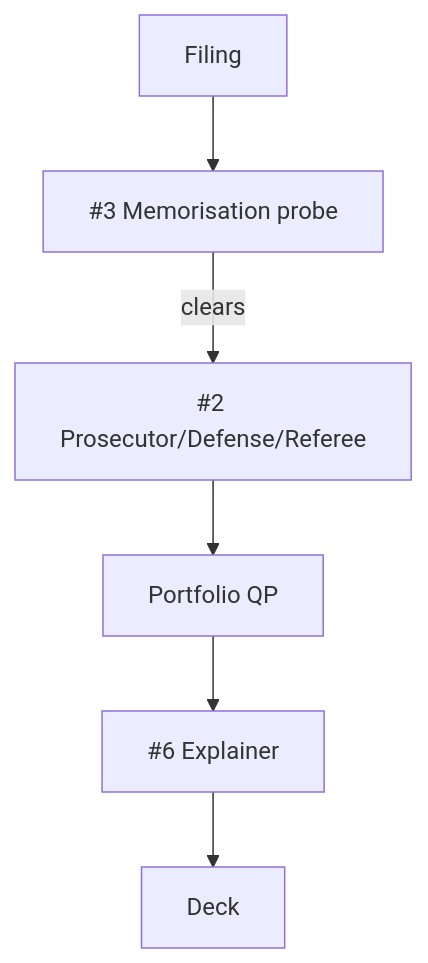
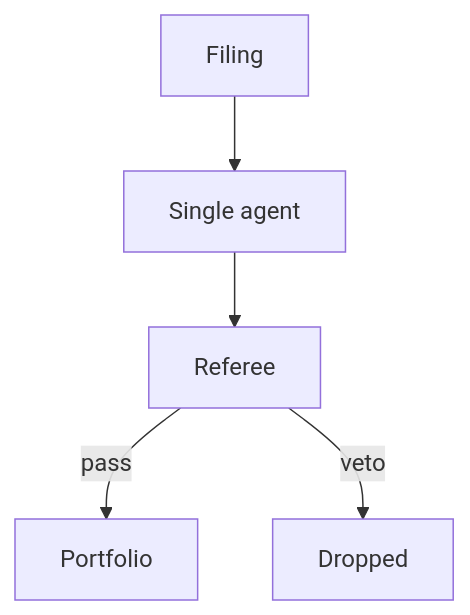
The ninth of 11 diagrams in docs/AGENTIC.md (nathan-au/fiam-2026-factors), drawn with Mermaid before and after one commit. The commit also changed other lines of this file, not shown here.

Commit message:
Update agent architectures

````diff
--- a/docs/AGENTIC.md
+++ b/docs/AGENTIC.md
@@ -121,8 +117,7 @@
 ```mermaid
 flowchart TD
-    F["Filing"] --> P3["#3 Memorisation probe"]
-    P3 -->|clears| P2["#2 Prosecutor/Defense/Referee"]
-    P2 --> QP["Portfolio QP"]
-    QP --> P6["#6 Explainer"]
-    P6 --> DECK["Deck"]
+    F["Filing"] --> ONE["Single agent"]
+    ONE --> R["Referee"]
+    R -->|"pass"| QP["Portfolio"]
+    R -->|"veto"| DROP["Dropped"]
 ```
````
